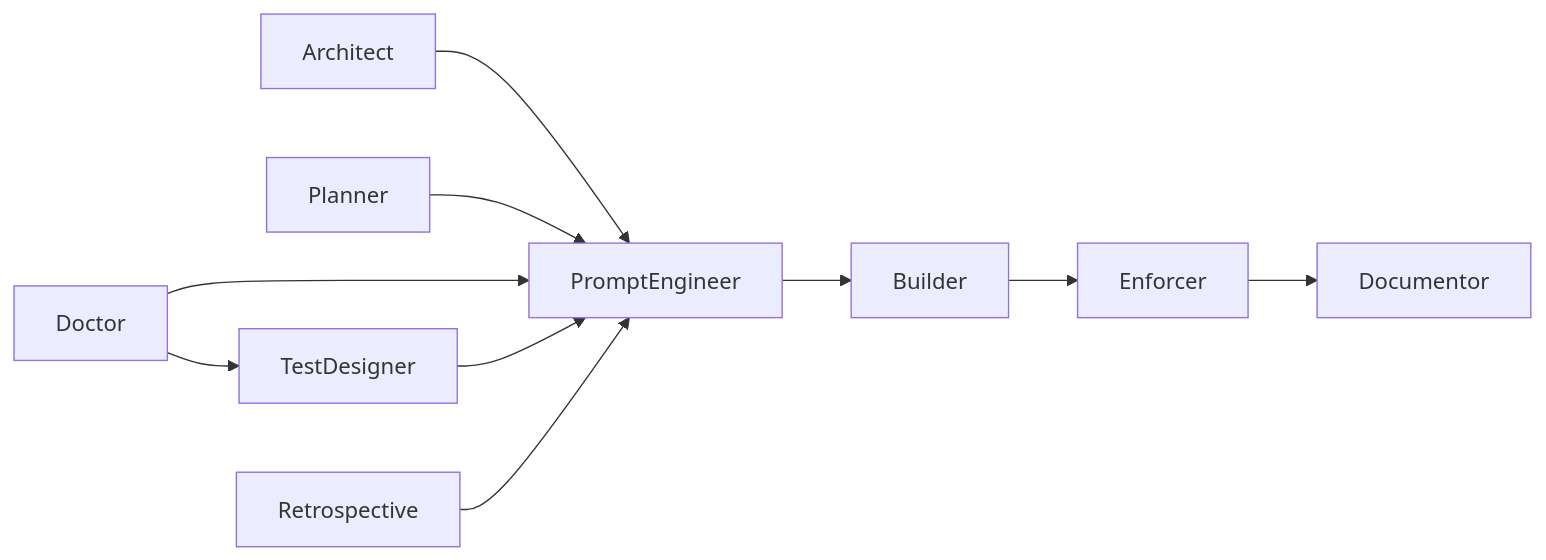
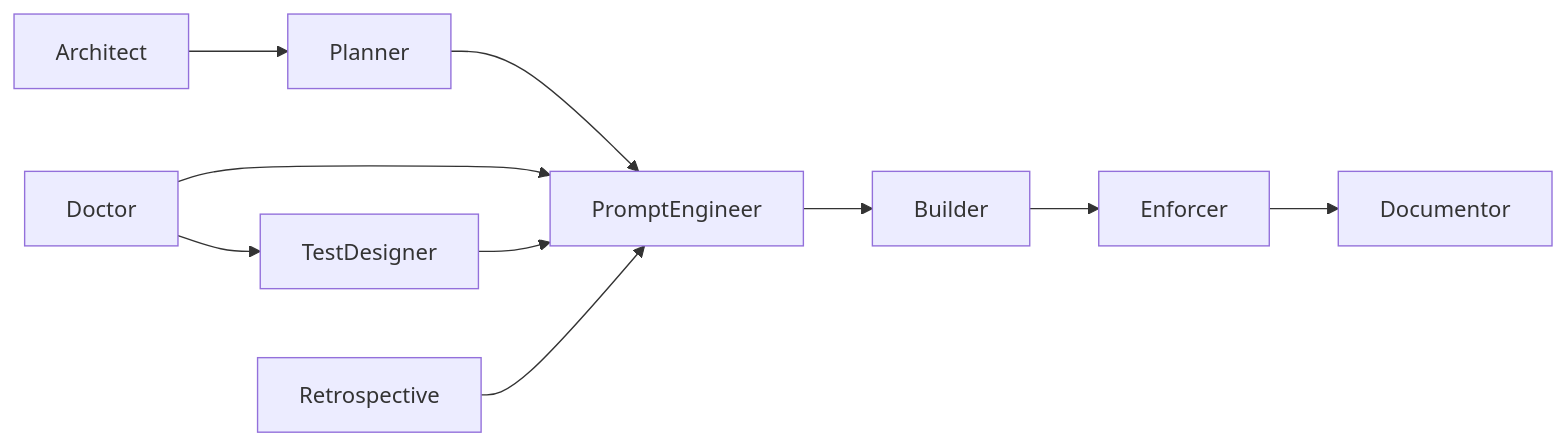
Before and after one commit to raystorm/Q-TguDiilt: the first of 2 diagrams in docs/profiles.md, drawn with Mermaid. The commit also changed 3 other files, not shown here.

````diff
--- a/docs/profiles.md
+++ b/docs/profiles.md
@@ -265,12 +265,12 @@
 ```mermaid
 flowchart LR
-   Architect --> PE[PromptEngineer]
-   Planner --> PE
+   Architect --> Planner 
+   Planner --> PE[PromptEngineer]
    PE --> Builder
    Builder --> Enforcer
    Enforcer --> Documentor
    Doctor --> PE
    Doctor --> TD[TestDesigner]
    TD --> PE
    Retrospective --> PE
 ```
````
